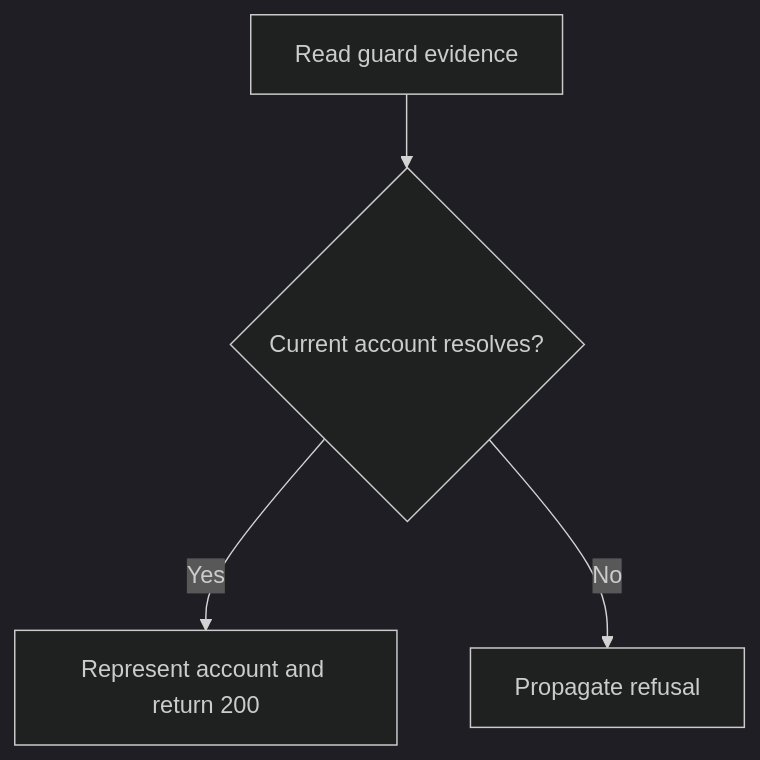
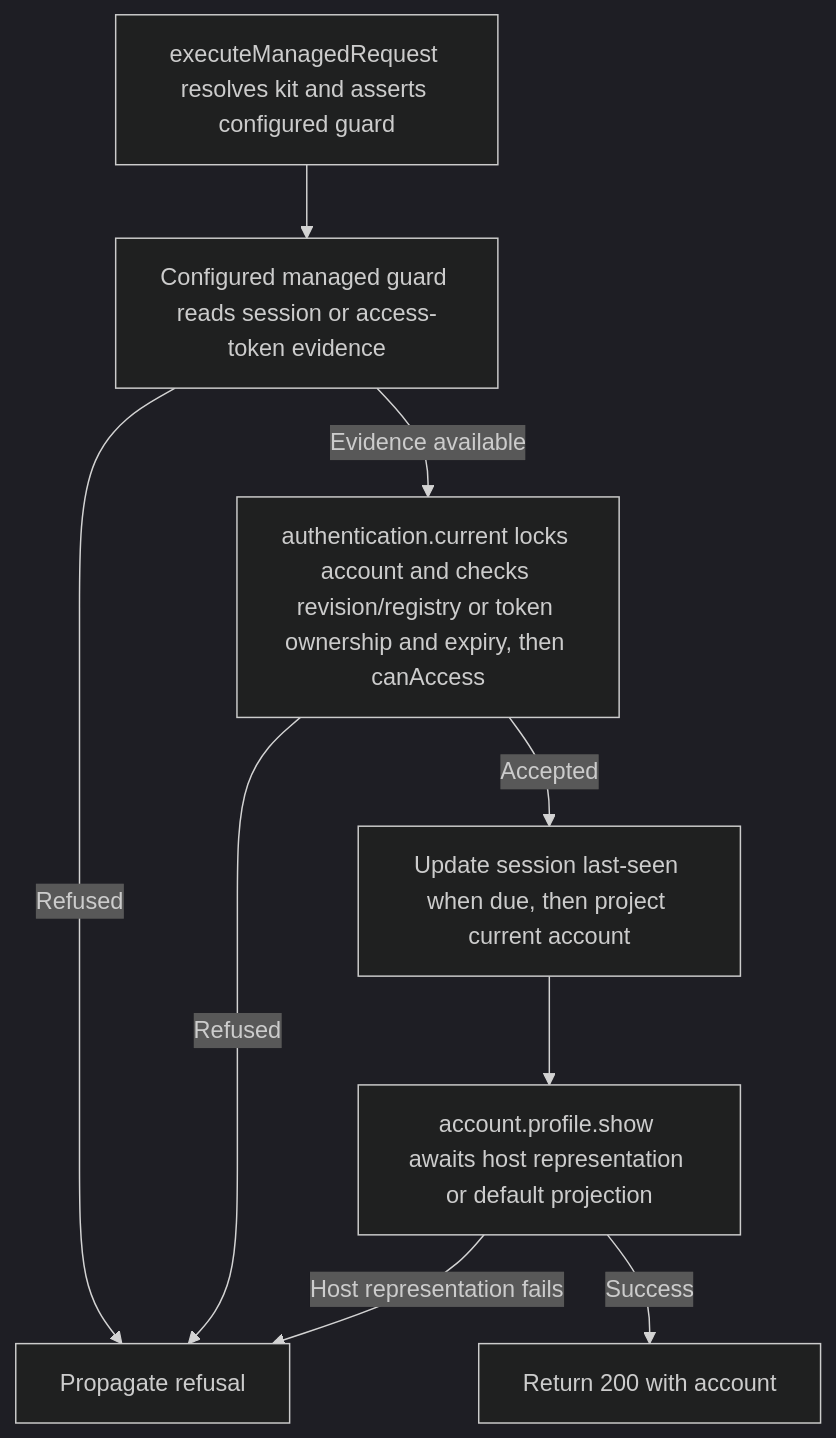
The second of 2 diagrams in user-stories/US-ACCOUNT-62-read-managed-profile.md (Kevinjohn/oss-adonisjs-account-kit), drawn with Mermaid (dark theme) before and after one commit. The commit also changed other lines of this file and 70 other files, not shown here.

Commit message:
Refresh the Account Kit user story catalogue for 0.6.0

````diff
--- a/user-stories/US-ACCOUNT-62-read-managed-profile.md
+++ b/user-stories/US-ACCOUNT-62-read-managed-profile.md
@@ -33,6 +34,11 @@
 ```mermaid
 flowchart TD
-    A["Read guard evidence"] --> B{"Current account resolves?"}
-    B -->|Yes| C["Represent account and return 200"]
-    B -->|No| D["Propagate refusal"]
+  A["executeManagedRequest resolves kit and asserts configured guard"] --> B["Configured managed guard reads session or access-token evidence"]
+  B -->|Refused| D["Propagate refusal"]
+  B -->|Evidence available| E["authentication.current locks account and checks revision/registry or token ownership and expiry, then canAccess"]
+  E -->|Refused| D
+  E -->|Accepted| F["Update session last-seen when due, then project current account"]
+  F --> G["account.profile.show awaits host representation or default projection"]
+  G -->|Success| H["Return 200 with account"]
+  G -->|Host representation fails| D
 ```
````
